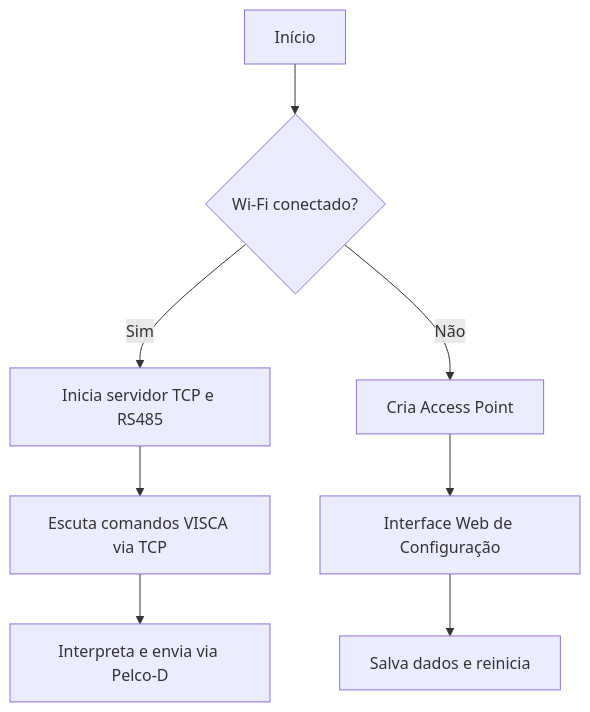
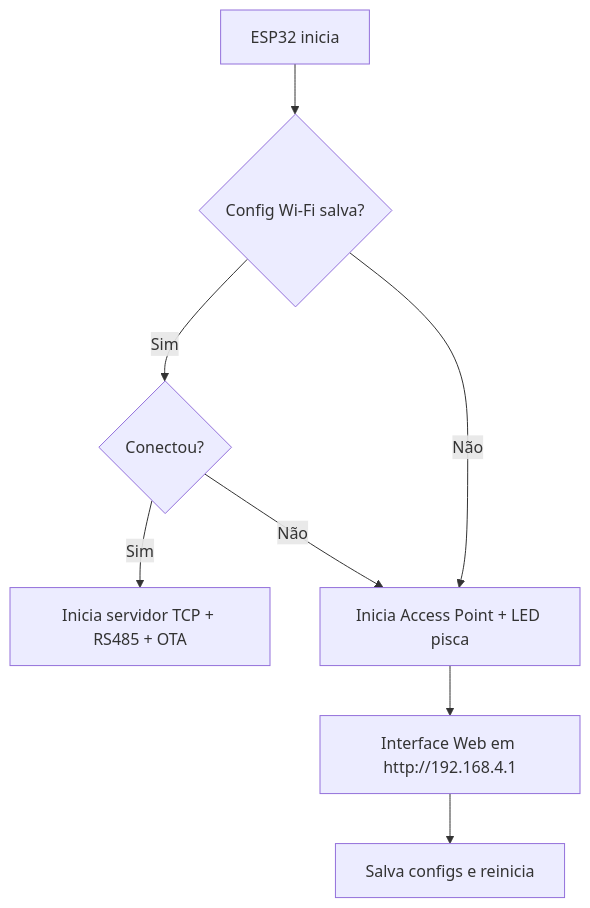
Before and after one commit to pedrohbmenezes/viscaToPelcoConverter: the first of 2 diagrams in README.md, drawn with Mermaid. The commit also changed other lines of this file and 11 other files, not shown here.

````diff
--- a/README.md
+++ b/README.md
@@ -89,10 +130,10 @@
 ```mermaid
 graph TD
-A[Início] --> B{Wi-Fi conectado?}
-B -- Sim --> C[Inicia servidor TCP e RS485]
-C --> D[Escuta comandos VISCA via TCP]
-D --> E[Interpreta e envia via Pelco-D]
-B -- Não --> F[Cria Access Point]
-F --> G[Interface Web de Configuração]
-G --> H[Salva dados e reinicia]
+A[ESP32 inicia] --> B{Config Wi-Fi salva?}
+B -- Sim --> C{Conectou?}
+C -- Sim --> D[Inicia servidor TCP + RS485 + OTA]
+C -- Não --> E[Inicia Access Point + LED pisca]
+B -- Não --> E
+E --> F[Interface Web em http://192.168.4.1]
+F --> G[Salva configs e reinicia]
 ```
````
